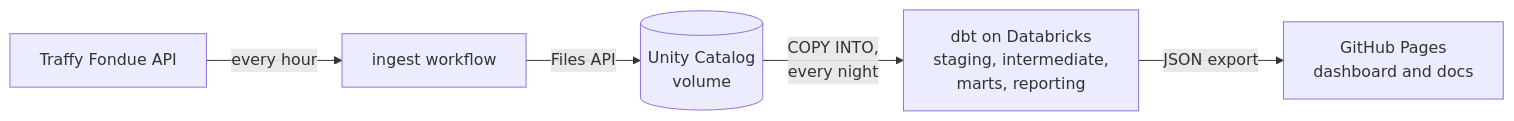
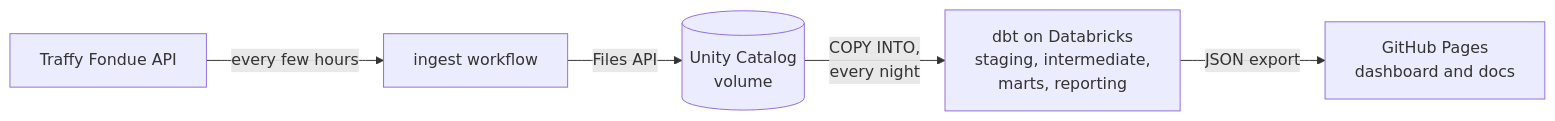
One commit to tongthong-nnk/bkk-traffy-warehouse changed the diagram in README.md. Above: the diagram before and after it, drawn with Mermaid. The commit also changed other lines of this file and 8 other files, not shown here.

First line of the commit message:
Go back to one ingest run an hour and say how often GitHub starts it

````diff
--- a/README.md
+++ b/README.md
@@ -21,7 +21,7 @@
 ```mermaid
 flowchart LR
-    api["Traffy Fondue API"] -->|"every hour"| ingest["ingest workflow"]
+    api["Traffy Fondue API"] -->|"every few hours"| ingest["ingest workflow"]
     ingest -->|"Files API"| volume[("Unity Catalog<br/>volume")]
     volume -->|"COPY INTO,<br/>every night"| dbt["dbt on Databricks<br/>staging, intermediate,<br/>marts, reporting"]
     dbt -->|"JSON export"| pages["GitHub Pages<br/>dashboard and docs"]
 ```
````
